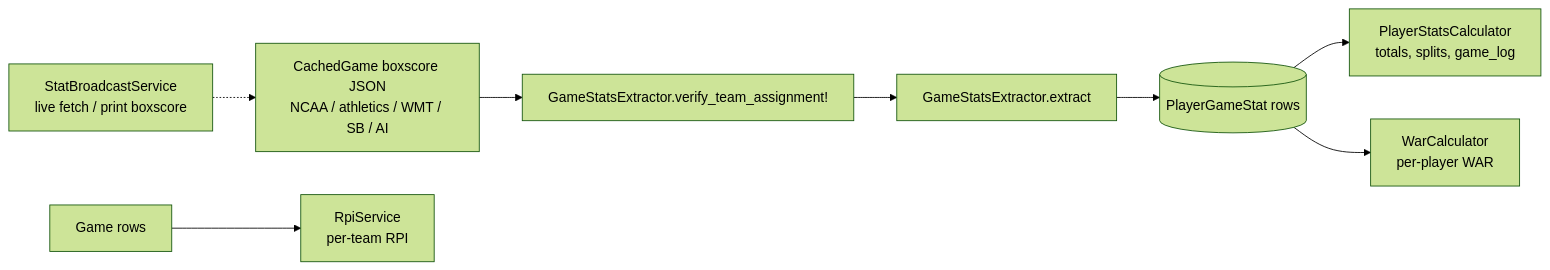
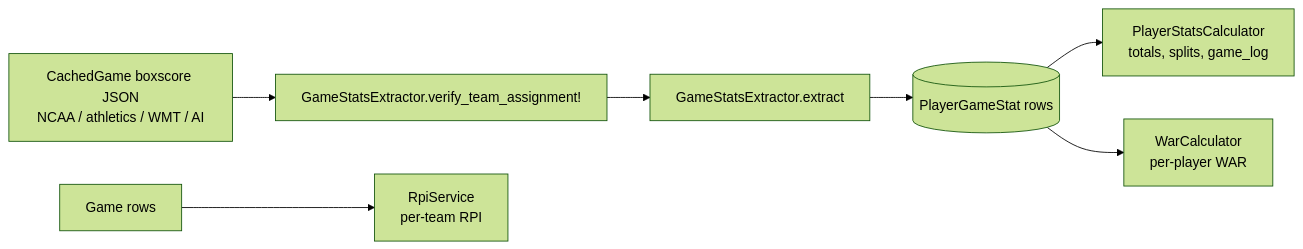
One commit to mondok/riseballs-documentation changed the diagram in rails/09-analytics-services.md. Above: the diagram before and after it, drawn with Mermaid (forest theme). The commit also changed other lines of this file and 30 other files, not shown here.

First line of the commit message:
Document 2026-04-19 rollout: riseballs-live, #85 deletions, NCAA cron restoration (#1)

````diff
--- a/rails/09-analytics-services.md
+++ b/rails/09-analytics-services.md
@@ -31,10 +31,9 @@
 ```mermaid
 flowchart LR
-    A[CachedGame boxscore JSON<br/>NCAA / athletics / WMT / SB / AI] --> B[GameStatsExtractor.verify_team_assignment!]
+    A[CachedGame boxscore JSON<br/>NCAA / athletics / WMT / AI] --> B[GameStatsExtractor.verify_team_assignment!]
     B --> C[GameStatsExtractor.extract]
     C --> D[(PlayerGameStat rows)]
     D --> E[PlayerStatsCalculator<br/>totals, splits, game_log]
     D --> F[WarCalculator<br/>per-player WAR]
     G[Game rows] --> H[RpiService<br/>per-team RPI]
-    I[StatBroadcastService<br/>live fetch / print boxscore] -.-> A
 ```
````
